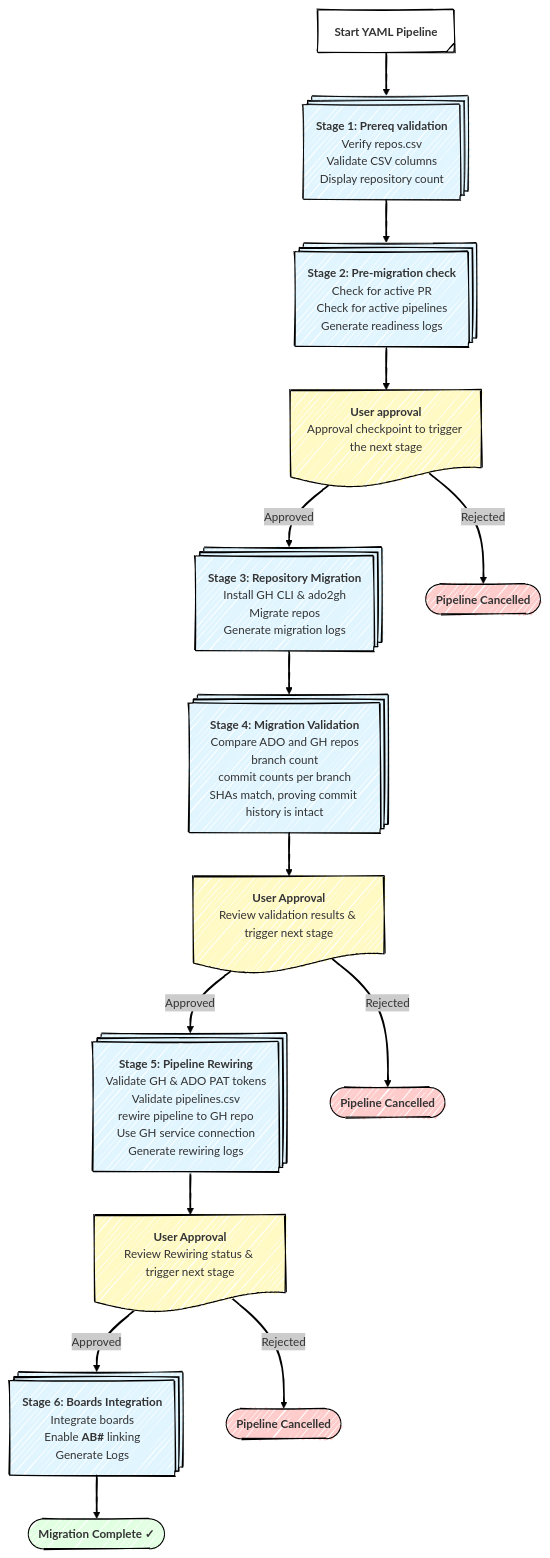
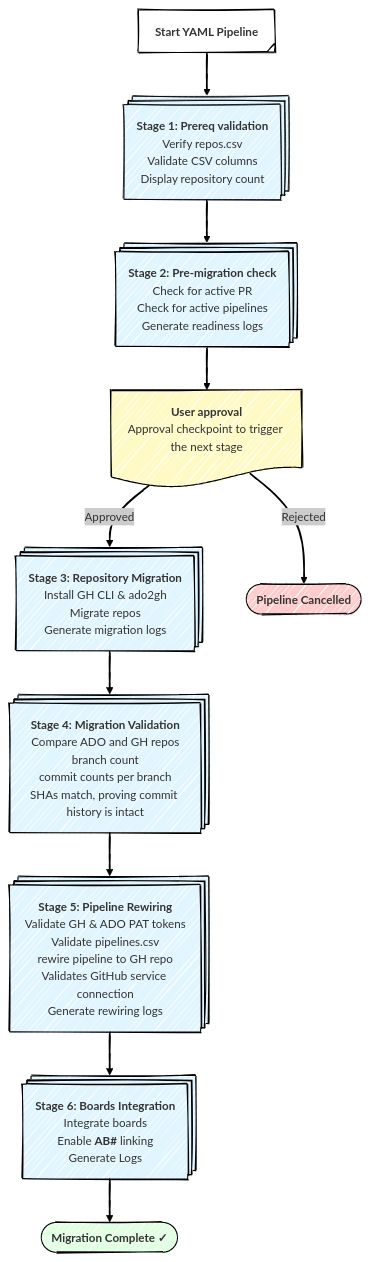
Before and after one commit to vamsicherukuri/ado2gh-ado-pipeline: the diagram in readme1.md, drawn with Mermaid.

````diff
--- a/readme1.md
+++ b/readme1.md
@@ -56,47 +56,37 @@
 ```mermaid
 ---
 config:
   theme: neo
   layout: dagre
   look: handDrawn
 ---
 flowchart TB
     Start["<b>Start YAML Pipeline</b>"] --> Stage1["<b>Stage 1: Prereq validation</b><br>Verify repos.csv<br>Validate CSV columns<br>Display repository count"]
     Stage1 --> Stage2["<b>Stage 2: Pre-migration check</b><br>Check for active PR<br>Check for active pipelines<br>Generate readiness logs"]
     Stage2 --> Gate1["<b>User approval</b><br>Approval checkpoint to trigger the next stage"]
     Gate1 -- Approved --> Stage3["<b>Stage 3: Repository Migration</b><br>Install GH CLI &amp; ado2gh<br>Migrate repos<br>Generate migration logs"]
     Gate1 -- Rejected --> End1["<b>Pipeline Cancelled</b>"]
     Stage3 --> Stage4["<b>Stage 4: Migration Validation</b><br>Compare ADO and GH repos<br>branch count<br>commit counts per branch<br>SHAs match, proving commit history is intact"]
-    Stage4 --> Gate2["<b>User Approval</b><br>Review validation results &amp; trigger next stage"]
-    Gate2 -- Approved --> Stage5["<b>Stage 5: Pipeline Rewiring</b><br>Validate GH &amp; ADO PAT tokens<br>Validate pipelines.csv<br>rewire pipeline to GH repo<br>Use GH service connection<br>Generate rewiring logs"]
-    Gate2 -- Rejected --> End2(["<b>Pipeline Cancelled</b>"])
-    Stage5 --> Gate3["<b>User Approval</b><br>Review Rewiring status &amp; trigger next stage"]
-    Gate3 -- Approved --> Stage6["<b>Stage 6: Boards Integration</b><br>Integrate boards<br>Enable <b>AB#</b> linking<br>Generate Logs"]
-    Gate3 -- Rejected --> End3(["<b>Pipeline Cancelled</b>"])
+    Stage4 --> Stage5["<b>Stage 5: Pipeline Rewiring</b><br>Validate GH &amp; ADO PAT tokens<br>Validate pipelines.csv<br>rewire pipeline to GH repo<br>Validates GitHub service connection<br>Generate rewiring logs"]
+    Stage5 --> Stage6["<b>Stage 6: Boards Integration</b><br>Integrate boards<br>Enable <b>AB#</b> linking<br>Generate Logs"]
     Stage6 --> Success(["<b>Migration Complete ✓</b>"])
-
+    
     Start@{ shape: tag-proc}
     Stage1@{ shape: procs}
     Stage2@{ shape: procs}
     Gate1@{ shape: doc}
     Stage3@{ shape: procs}
     End1@{ shape: terminal}
     Stage4@{ shape: procs}
-    Gate2@{ shape: doc}
     Stage5@{ shape: procs}
-    Gate3@{ shape: doc}
     Stage6@{ shape: procs}
     style Stage1 fill:#e1f5ff,stroke-width:1px,stroke-dasharray: 0
     style Stage2 fill:#e1f5ff
     style Gate1 fill:#FFF9C4
     style Stage3 fill:#e1f5ff
     style End1 fill:#ffcccc
     style Stage4 fill:#e1f5ff
-    style Gate2 fill:#FFF9C4
     style Stage5 fill:#e1f5ff
-    style End2 fill:#ffcccc
-    style Gate3 fill:#FFF9C4
     style Stage6 fill:#e1f5ff
-    style End3 fill:#ffcccc
     style Success fill:#e1ffe1
 ```
````
